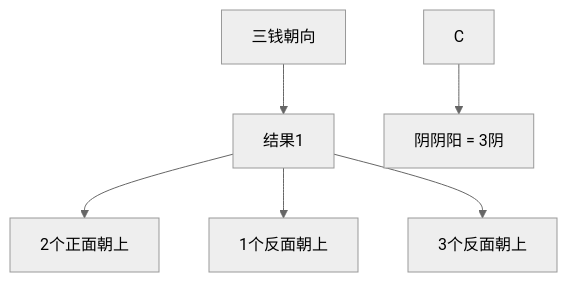
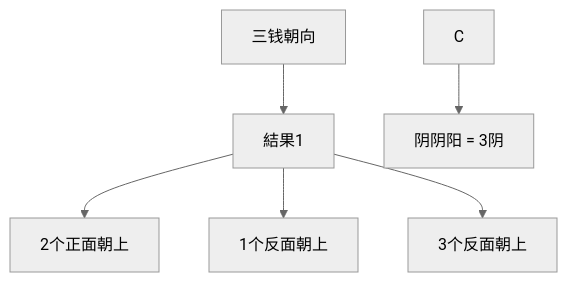
Before and after one commit to kmjade/knowledge-value: the second of 9 diagrams in 3 Resources/04-Interests/易学/03-占卜方法/铜钱卦法.md, drawn with Mermaid (neutral theme). The commit also changed other lines of this file and 653 other files, not shown here.

````diff
--- a/3 Resources/04-Interests/易学/03-占卜方法/铜钱卦法.md
+++ b/3 Resources/04-Interests/易学/03-占卜方法/铜钱卦法.md
@@ -91,10 +91,10 @@
 ```mermaid
 graph TB
-    A[三钱朝向] --> B[结果1]
+    A[三钱朝向] --> B[結果1]
     
     B --> B1[2个正面朝上]
     B --> B2[1个反面朝上]
     B --> B3[3个反面朝上]
     
     C --> C1[阴阴阳 = 3阴]
 ```
````
